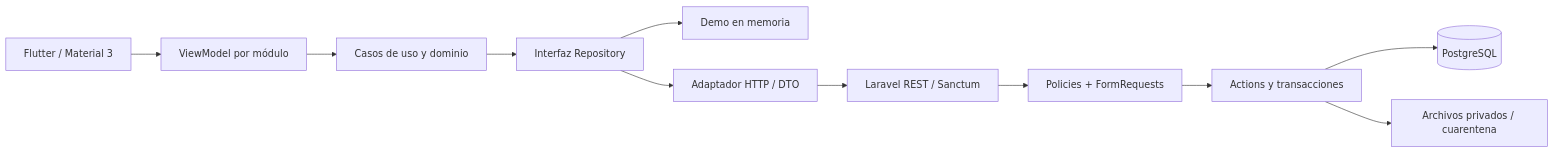
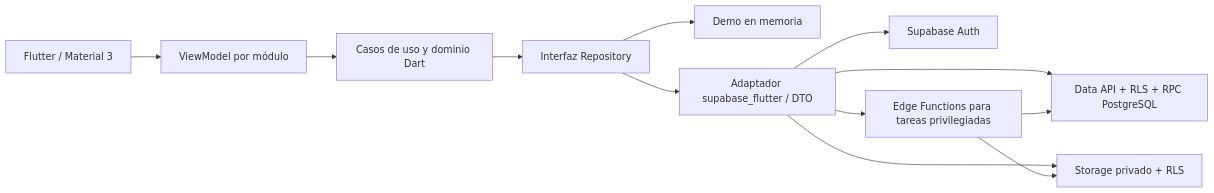
One commit to G34A4OD/MovilSQA changed the first of 2 diagrams in docs/ARQUITECTURA.md. Above: the diagram before and after it, drawn with Mermaid. The commit also changed other lines of this file and 42 other files, not shown here.

````diff
--- a/docs/ARQUITECTURA.md
+++ b/docs/ARQUITECTURA.md
@@ -11,13 +11,14 @@
-```mermaid
+~~~mermaid
 flowchart LR
   V[Flutter / Material 3] --> VM[ViewModel por módulo]
-  VM --> U[Casos de uso y dominio]
+  VM --> U[Casos de uso y dominio Dart]
   U --> R[Interfaz Repository]
   R --> D[Demo en memoria]
-  R --> H[Adaptador HTTP / DTO]
-  H --> A[Laravel REST / Sanctum]
-  A --> P[Policies + FormRequests]
-  P --> S[Actions y transacciones]
-  S --> DB[(PostgreSQL)]
-  S --> F[Archivos privados / cuarentena]
-```
+  R --> S[Adaptador supabase_flutter / DTO]
+  S --> A[Supabase Auth]
+  S --> DB[Data API + RLS + RPC PostgreSQL]
+  S --> F[Storage privado + RLS]
+  S --> E[Edge Functions para tareas privilegiadas]
+  E --> DB
+  E --> F
+~~~
````
